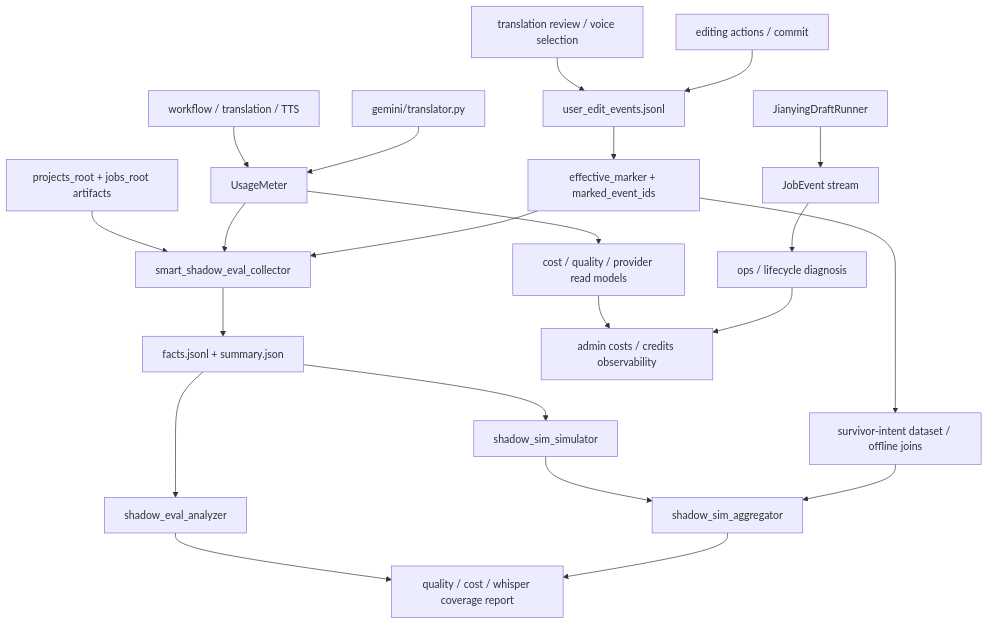
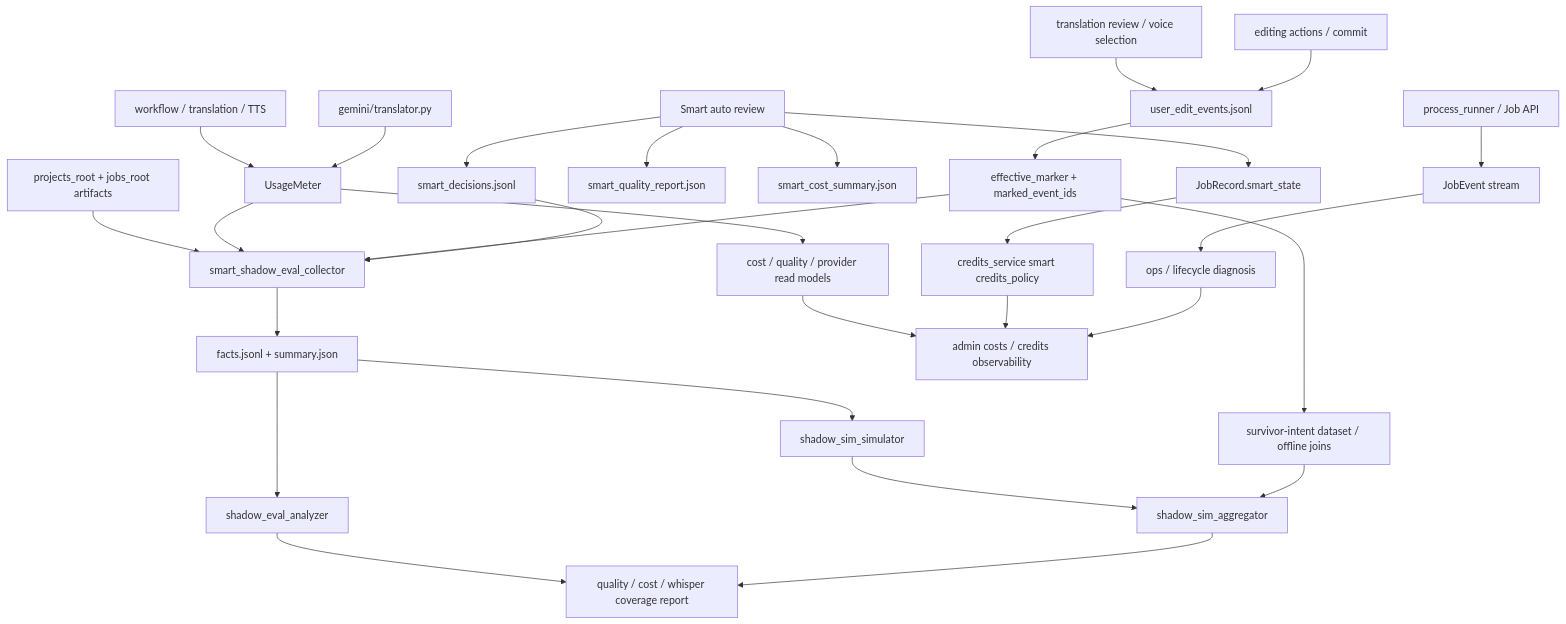
One commit to sun9bear/AITransVideo changed the diagram in docs/graphs/GITNEXUS_BENCHMARK_QUALITY_COST_GRAPH.md. Above: the diagram before and after it, drawn with Mermaid. The commit also changed other lines of this file and 12 other files, not shown here.

Commit message:
docs(graphs): refresh GitNexus graphs to d56ac1c

````diff
--- a/docs/graphs/GITNEXUS_BENCHMARK_QUALITY_COST_GRAPH.md
+++ b/docs/graphs/GITNEXUS_BENCHMARK_QUALITY_COST_GRAPH.md
@@ -18,27 +19,35 @@
 ```mermaid
 graph TD
     Workflow["workflow / translation / TTS"] --> Usage["UsageMeter"]
     Translator["gemini/translator.py"] --> Usage
     Review["translation review / voice selection"] --> UserAudit["user_edit_events.jsonl"]
     PostEdit["editing actions / commit"] --> UserAudit
-    Runner["JianyingDraftRunner"] --> JobEvents["JobEvent stream"]
+    Runner["process_runner / Job API"] --> JobEvents["JobEvent stream"]
 
+    Smart["Smart auto review"] --> SmartDecision["smart_decisions.jsonl"]
+    Smart --> SmartQuality["smart_quality_report.json"]
+    Smart --> SmartCost["smart_cost_summary.json"]
+    Smart --> SmartState["JobRecord.smart_state"]
+
+    SmartState --> Settlement["credits_service smart credits_policy"]
+    Usage --> CostRead["cost / quality / provider read models"]
     UserAudit --> Marker["effective_marker + marked_event_ids"]
-    Usage --> CostRead["cost / quality / provider read models"]
     Marker --> Behavior["survivor-intent dataset / offline joins"]
     JobEvents --> Lifecycle["ops / lifecycle diagnosis"]
 
     Artifacts["projects_root + jobs_root artifacts"] --> Collector["smart_shadow_eval_collector"]
     Usage --> Collector
     Marker --> Collector
+    SmartDecision --> Collector
     Collector --> Facts["facts.jsonl + summary.json"]
     Facts --> Analyzer["shadow_eval_analyzer"]
     Facts --> Simulator["shadow_sim_simulator"]
     Simulator --> Aggregator["shadow_sim_aggregator"]
 
     CostRead --> Admin["admin costs / credits observability"]
+    Settlement --> Admin
     Behavior --> Aggregator
     Lifecycle --> Admin
     Analyzer --> Reports["quality / cost / whisper coverage report"]
     Aggregator --> Reports
 ```
````
